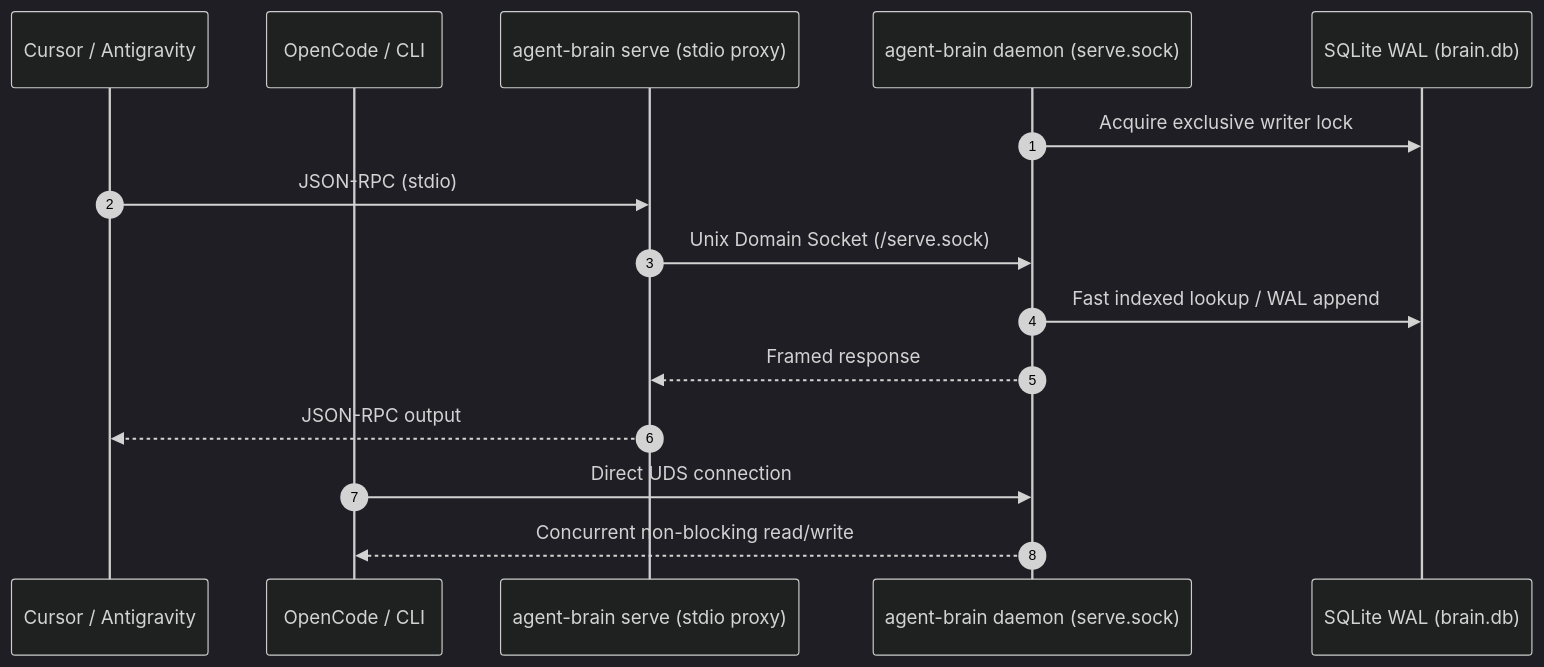
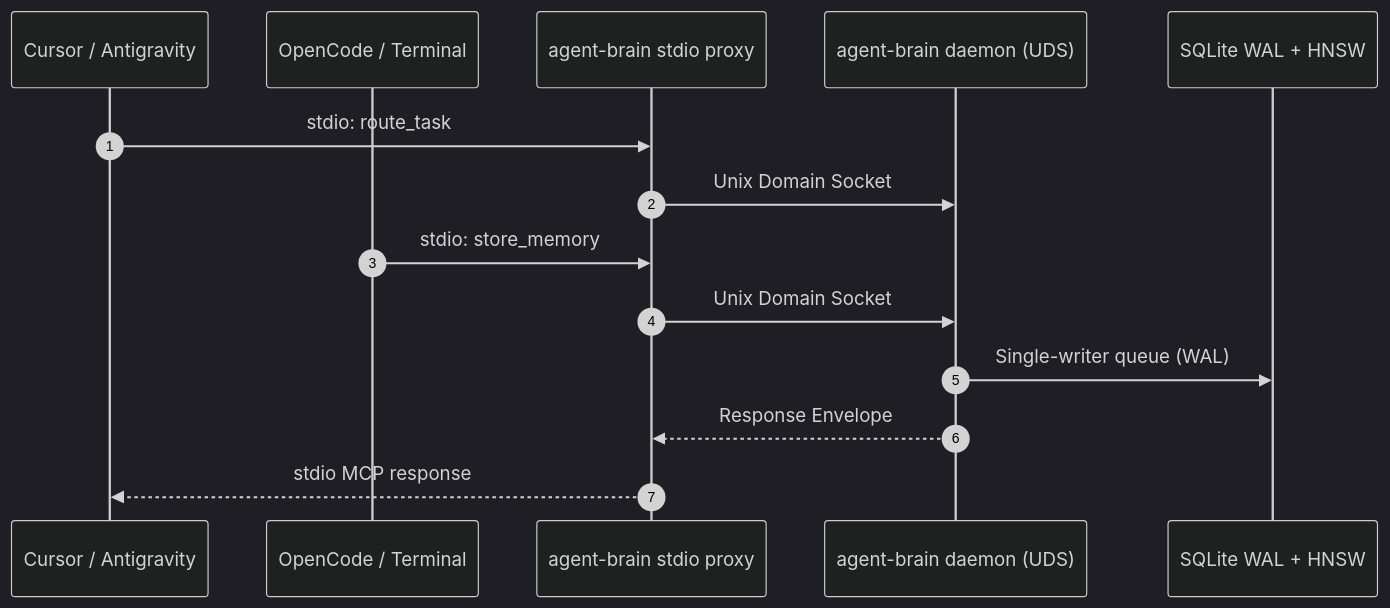
The third of 3 diagrams in src/content/blog/agent-brain-the-architectural-pivot-and-runtime.md (abhiudayg/abhiudayg), drawn with Mermaid (dark theme) before and after one commit. The commit also changed other lines of this file and 12 other files, not shown here.

````diff
--- a/src/content/blog/agent-brain-the-architectural-pivot-and-runtime.md
+++ b/src/content/blog/agent-brain-the-architectural-pivot-and-runtime.md
@@ -76,18 +81,17 @@
 ```mermaid
 sequenceDiagram
     autonumber
     participant AgentA as Cursor / Antigravity
-    participant AgentB as OpenCode / CLI
-    participant Proxy as agent-brain serve (stdio proxy)
-    participant Daemon as agent-brain daemon (serve.sock)
-    participant DB as SQLite WAL (brain.db)
+    participant AgentB as OpenCode / Terminal
+    participant Proxy as agent-brain stdio proxy
+    participant Daemon as agent-brain daemon (UDS)
+    participant DB as SQLite WAL + HNSW
 
-    Daemon->>DB: Acquire exclusive writer lock
-    AgentA->>Proxy: JSON-RPC (stdio)
-    Proxy->>Daemon: Unix Domain Socket (/serve.sock)
-    Daemon->>DB: Fast indexed lookup / WAL append
-    Daemon-->>Proxy: Framed response
-    Proxy-->>AgentA: JSON-RPC output
-    AgentB->>Daemon: Direct UDS connection
-    Daemon-->>AgentB: Concurrent non-blocking read/write
+    AgentA->>Proxy: stdio: route_task
+    Proxy->>Daemon: Unix Domain Socket
+    AgentB->>Proxy: stdio: store_memory
+    Proxy->>Daemon: Unix Domain Socket
+    Daemon->>DB: Single-writer queue (WAL)
+    Daemon-->>Proxy: Response Envelope
+    Proxy-->>AgentA: stdio MCP response
 ```
````
